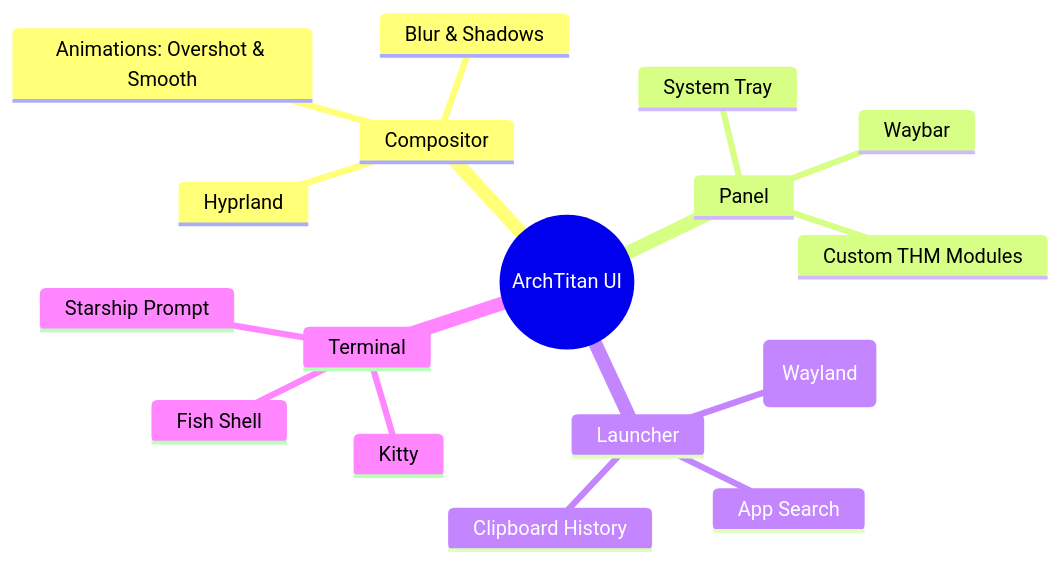
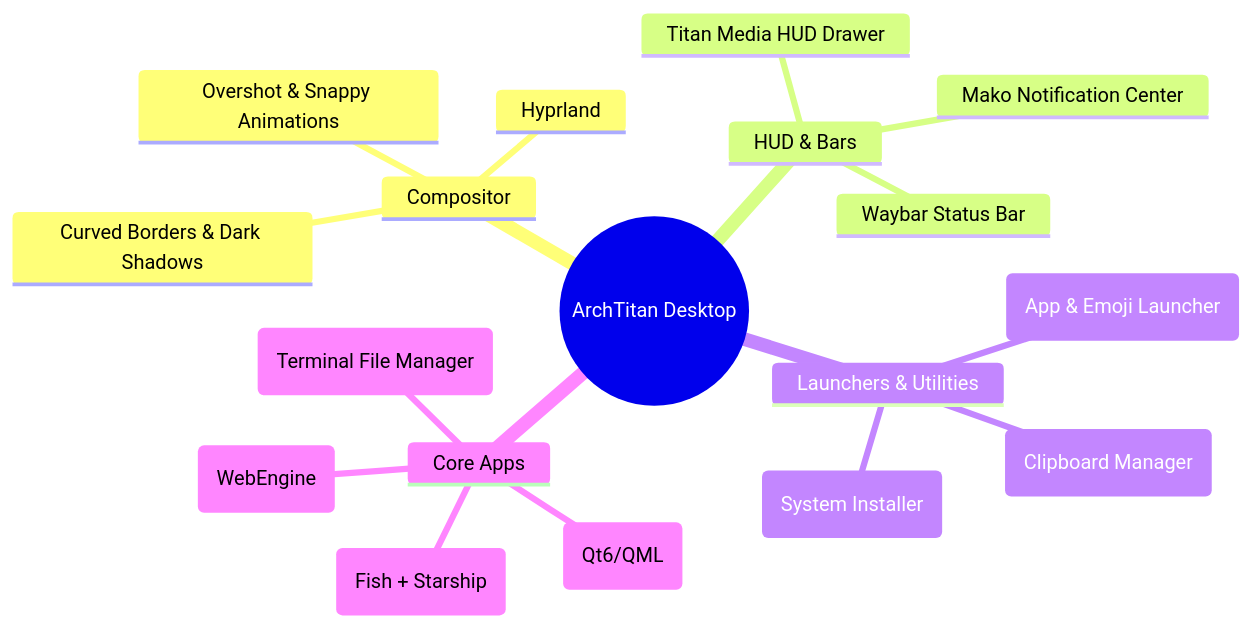
Before and after one commit to GitGuru29/archtitan-os: the second of 3 diagrams in README.md, drawn with Mermaid. The commit also changed other lines of this file, not shown here.

Commit message:
docs: update README with project badges, enhanced ecosystem documentation, and architectural diagrams

````diff
--- a/README.md
+++ b/README.md
@@ -89,20 +130,21 @@
 ```mermaid
 mindmap
-  root((ArchTitan UI))
+  root((ArchTitan Desktop))
     Compositor
       Hyprland
-      Animations: Overshot & Smooth
-      Blur & Shadows
-    Panel
-      Waybar
-      Custom THM Modules
-      System Tray
-    Launcher
-      Rofi (Wayland)
-      App Search
-      Clipboard History
-    Terminal
-      Kitty
-      Fish Shell
-      Starship Prompt
+      Overshot & Snappy Animations
+      Curved Borders & Dark Shadows
+    HUD & Bars
+      Waybar Status Bar
+      Titan Media HUD Drawer
+      Mako Notification Center
+    Launchers & Utilities
+      Rofi (App & Emoji Launcher)
+      Cliphist (Clipboard Manager)
+      Calamares (System Installer)
+    Core Apps
+      Kitty (Fish + Starship)
+      Titan Browser (WebEngine)
+      Titan Settings (Qt6/QML)
+      Ranger (Terminal File Manager)
 ```
````
